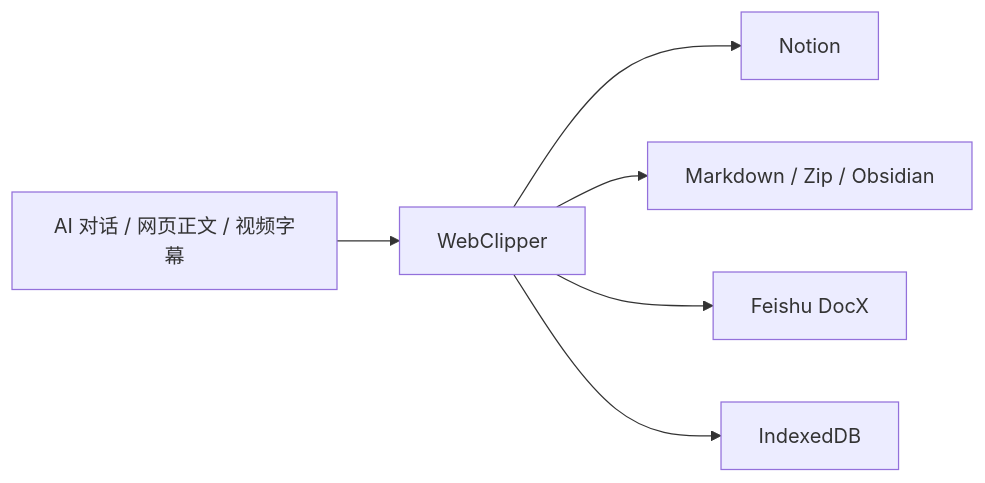
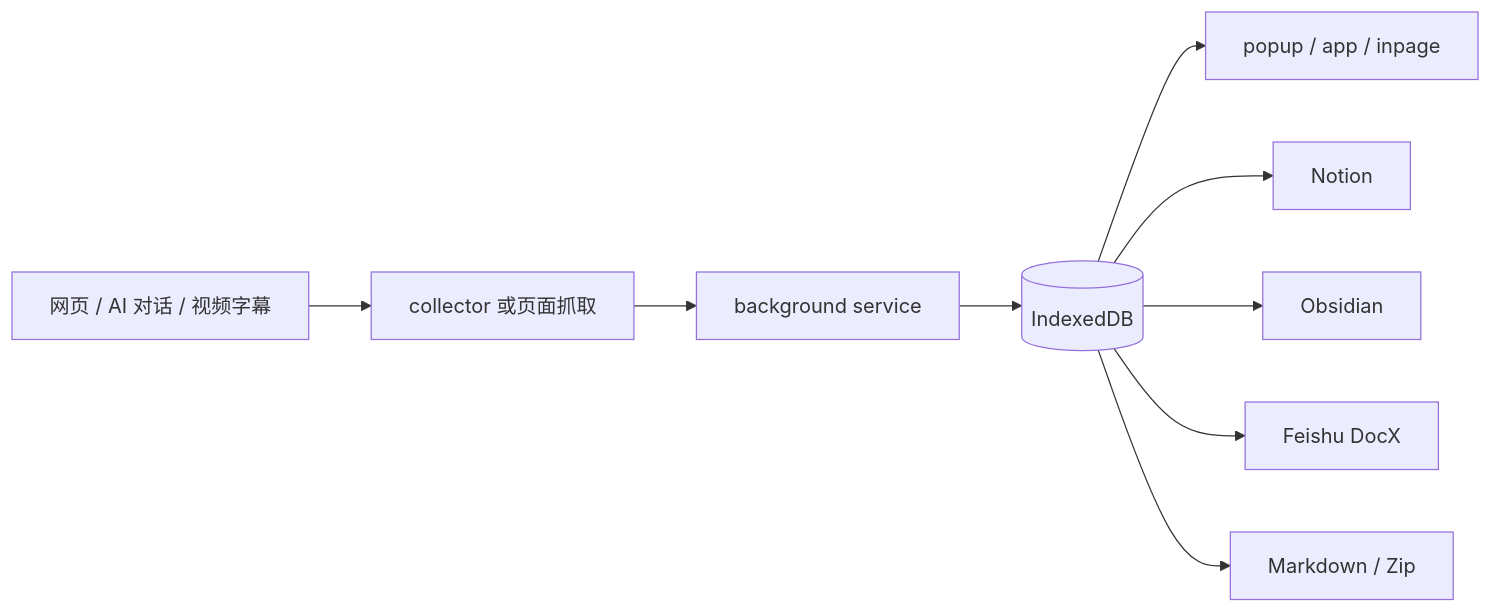
One commit to SyncNos/SyncNos-Webclipper changed the diagram in docs/overview.md. Above: the diagram before and after it, drawn with Mermaid. The commit also changed other lines of this file and 20 other files, not shown here.

````diff
--- a/docs/overview.md
+++ b/docs/overview.md
@@ -86,8 +40,11 @@
 ```mermaid
 flowchart LR
-  C[AI 对话 / 网页正文 / 视频字幕] --> D[WebClipper]
-  D --> E[Notion]
-  D --> F[Markdown / Zip / Obsidian]
-  D --> G[Feishu DocX]
-  D --> H[IndexedDB]
+  P[网页 / AI 对话 / 视频字幕] --> C[collector 或页面抓取]
+  C --> B[background service]
+  B --> I[(IndexedDB)]
+  I --> U[popup / app / inpage]
+  I --> N[Notion]
+  I --> O[Obsidian]
+  I --> F[Feishu DocX]
+  I --> Z[Markdown / Zip]
 ```
````
